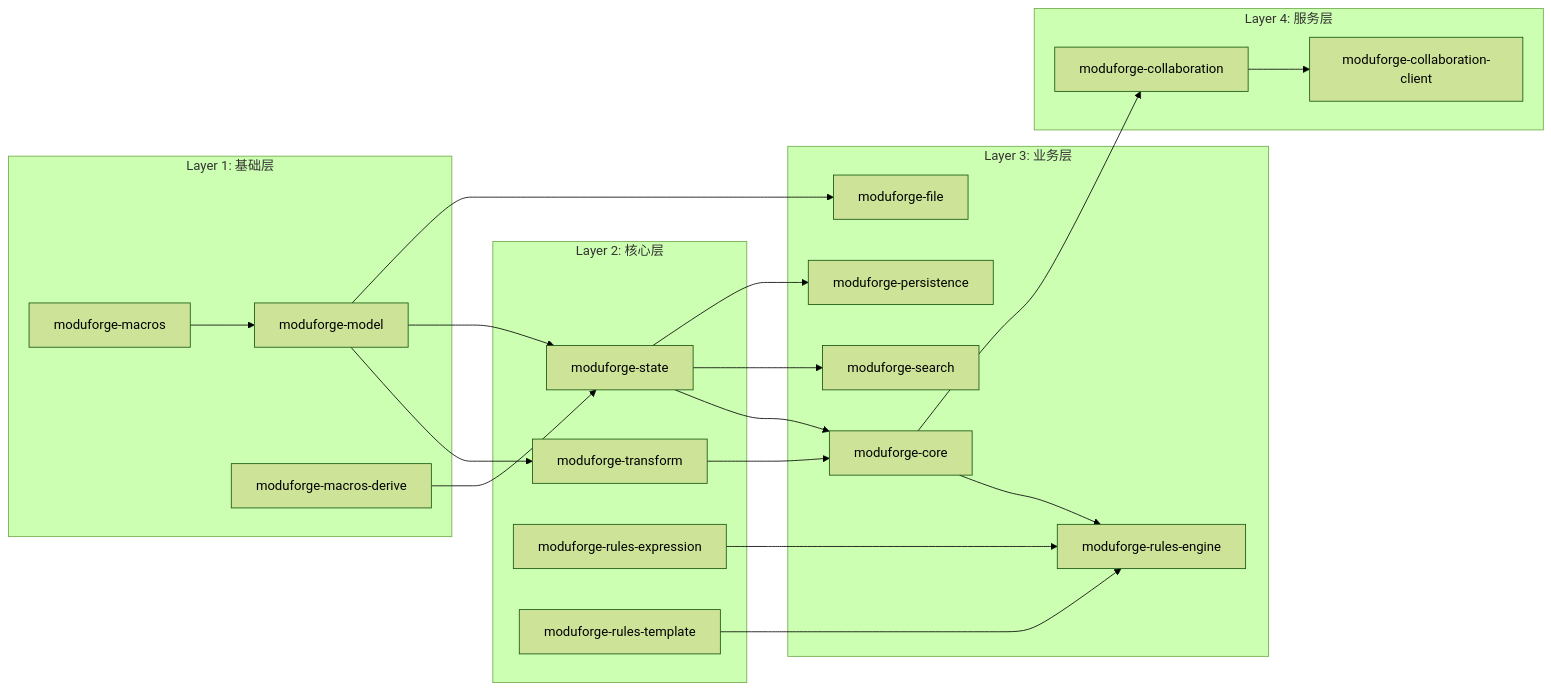
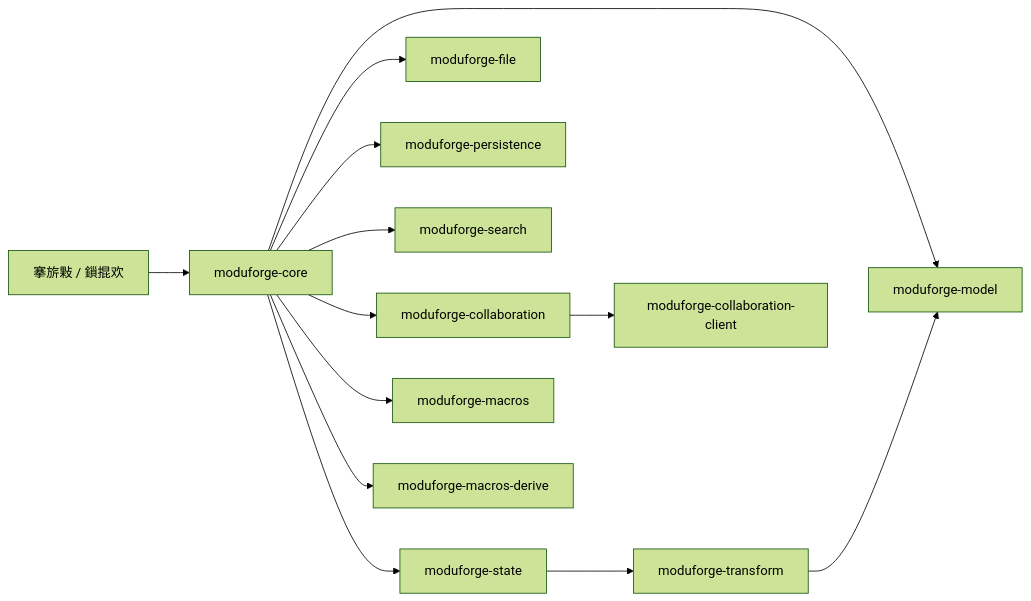
One commit to Cassielxd/moduforge-rs changed the diagram in packages/docs/architecture-overview.md. Above: the diagram before and after it, drawn with Mermaid (forest theme). The commit also changed other lines of this file and 25 other files, not shown here.

````diff
--- a/packages/docs/architecture-overview.md
+++ b/packages/docs/architecture-overview.md
@@ -283,47 +7,15 @@
 ```mermaid
 graph LR
-    subgraph "Layer 1: 基础层"
-        MODEL[moduforge-model]
-        DERIVE[moduforge-macros-derive]
-        MACRO[moduforge-macros]
-    end
-    
-    subgraph "Layer 2: 核心层" 
-        TRANSFORM[moduforge-transform]
-        STATE[moduforge-state]
-        EXPRESSION[moduforge-rules-expression]
-        TEMPLATE[moduforge-rules-template]
-    end
-    
-    subgraph "Layer 3: 业务层"
-        CORE[moduforge-core]
-        ENGINE[moduforge-rules-engine]
-        FILE[moduforge-file]
-        SEARCH[moduforge-search]
-        PERSIST[moduforge-persistence]
-    end
-    
-    subgraph "Layer 4: 服务层"
-        COLLAB[moduforge-collaboration]
-        CLIENT[moduforge-collaboration-client]
-    end
-    
-    MODEL --> TRANSFORM
-    MODEL --> STATE
-    MODEL --> FILE
-    
-    TRANSFORM --> CORE
-    STATE --> CORE
-    STATE --> SEARCH
-    STATE --> PERSIST
-    
-    EXPRESSION --> ENGINE
-    TEMPLATE --> ENGINE
-    CORE --> ENGINE
-    CORE --> COLLAB
-    
-    COLLAB --> CLIENT
-    
-    MACRO --> MODEL
-    DERIVE --> STATE
+    APP[搴旂敤 / 鎻掍欢] --> CORE
+    CORE[moduforge-core] --> MODEL[moduforge-model]
+    CORE --> STATE[moduforge-state]
+    STATE --> TRANSFORM[moduforge-transform]
+    TRANSFORM --> MODEL
+    CORE --> FILE[moduforge-file]
+    CORE --> PERSIST[moduforge-persistence]
+    CORE --> SEARCH[moduforge-search]
+    CORE --> COLLAB[moduforge-collaboration]
+    COLLAB --> CLIENT[moduforge-collaboration-client]
+    CORE --> MACRO[moduforge-macros]
+    CORE --> DERIVE[moduforge-macros-derive]
 ```
````
